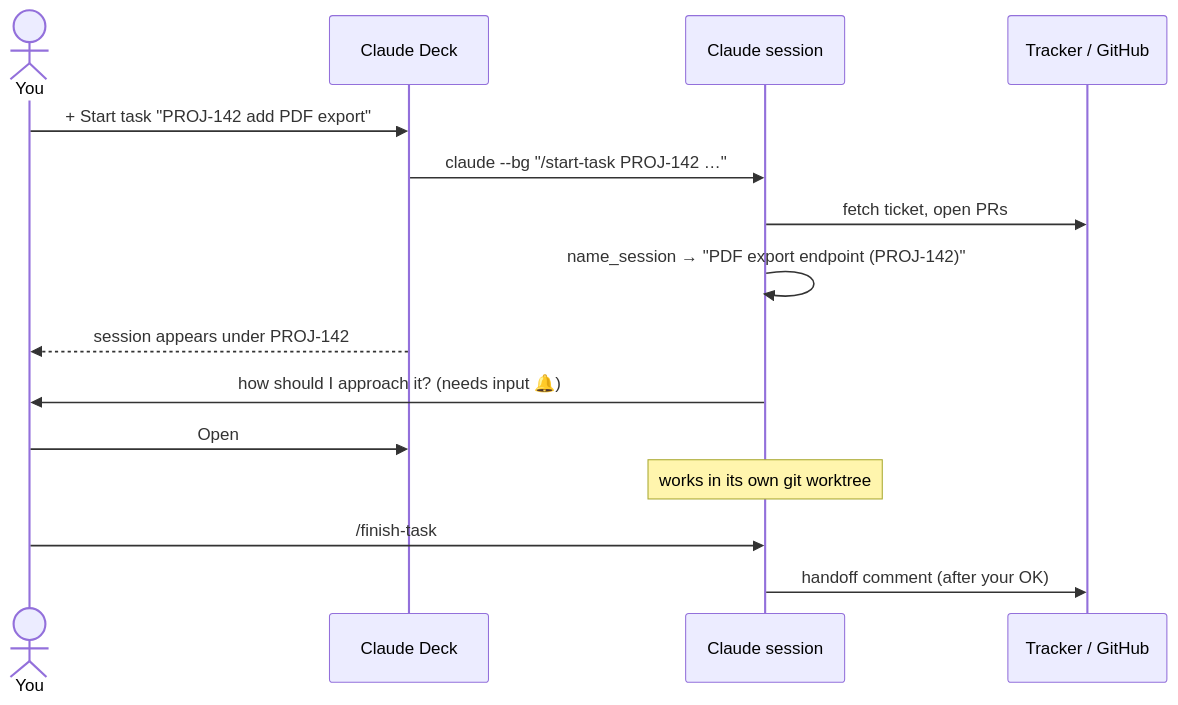
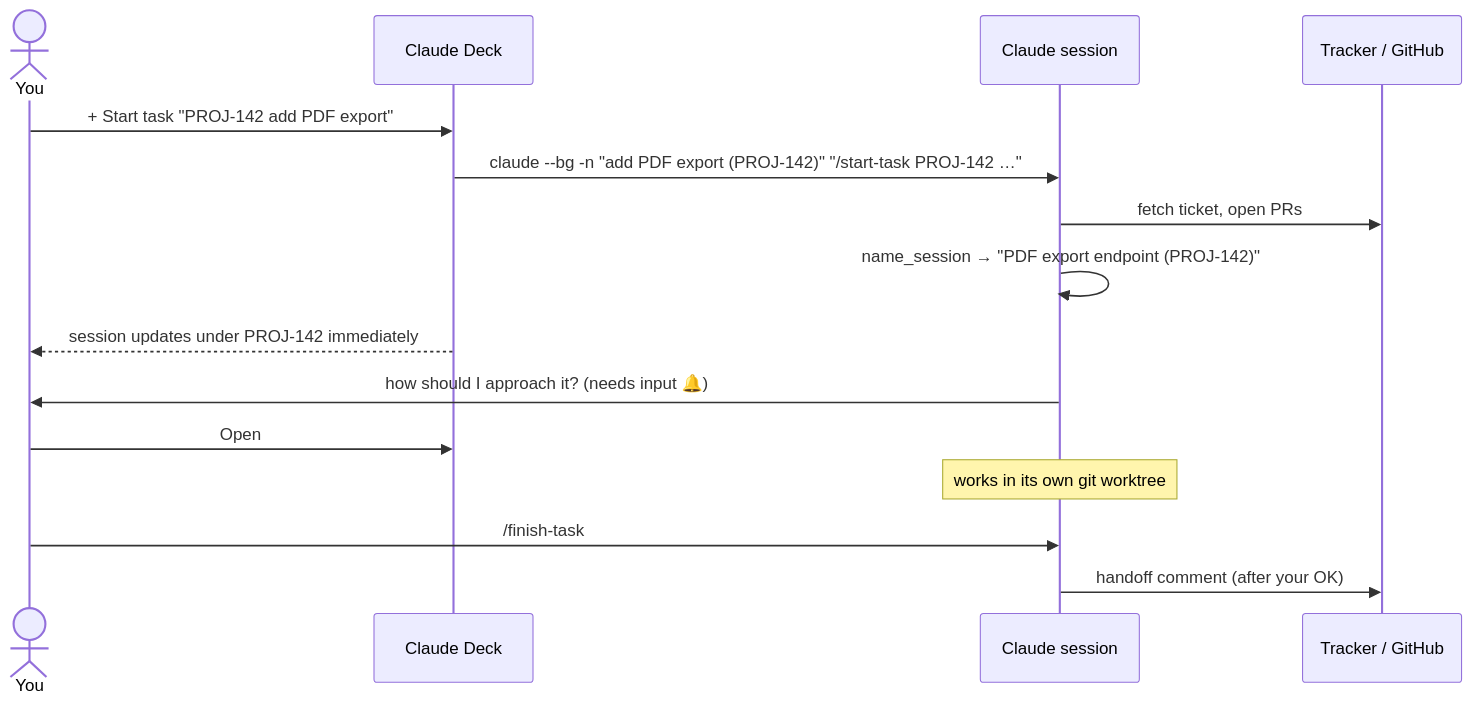
One commit to kaiketsu-labs/agent-cockpit changed the second of 2 diagrams in README.md. Above: the diagram before and after it, drawn with Mermaid. The commit also changed other lines of this file and 9 other files, not shown here.

````diff
--- a/README.md
+++ b/README.md
@@ -86,17 +83,17 @@
 ```mermaid
 sequenceDiagram
     actor You
     participant Deck as Claude Deck
     participant S as Claude session
     participant T as Tracker / GitHub
     You->>Deck: + Start task "PROJ-142 add PDF export"
-    Deck->>S: claude --bg "/start-task PROJ-142 …"
+    Deck->>S: claude --bg -n "add PDF export (PROJ-142)" "/start-task PROJ-142 …"
     S->>T: fetch ticket, open PRs
     S->>S: name_session → "PDF export endpoint (PROJ-142)"
-    Deck-->>You: session appears under PROJ-142
+    Deck-->>You: session updates under PROJ-142 immediately
     S->>You: how should I approach it? (needs input 🔔)
     You->>Deck: Open
     Note over S: works in its own git worktree
     You->>S: /finish-task
     S->>T: handoff comment (after your OK)
 ```
````
